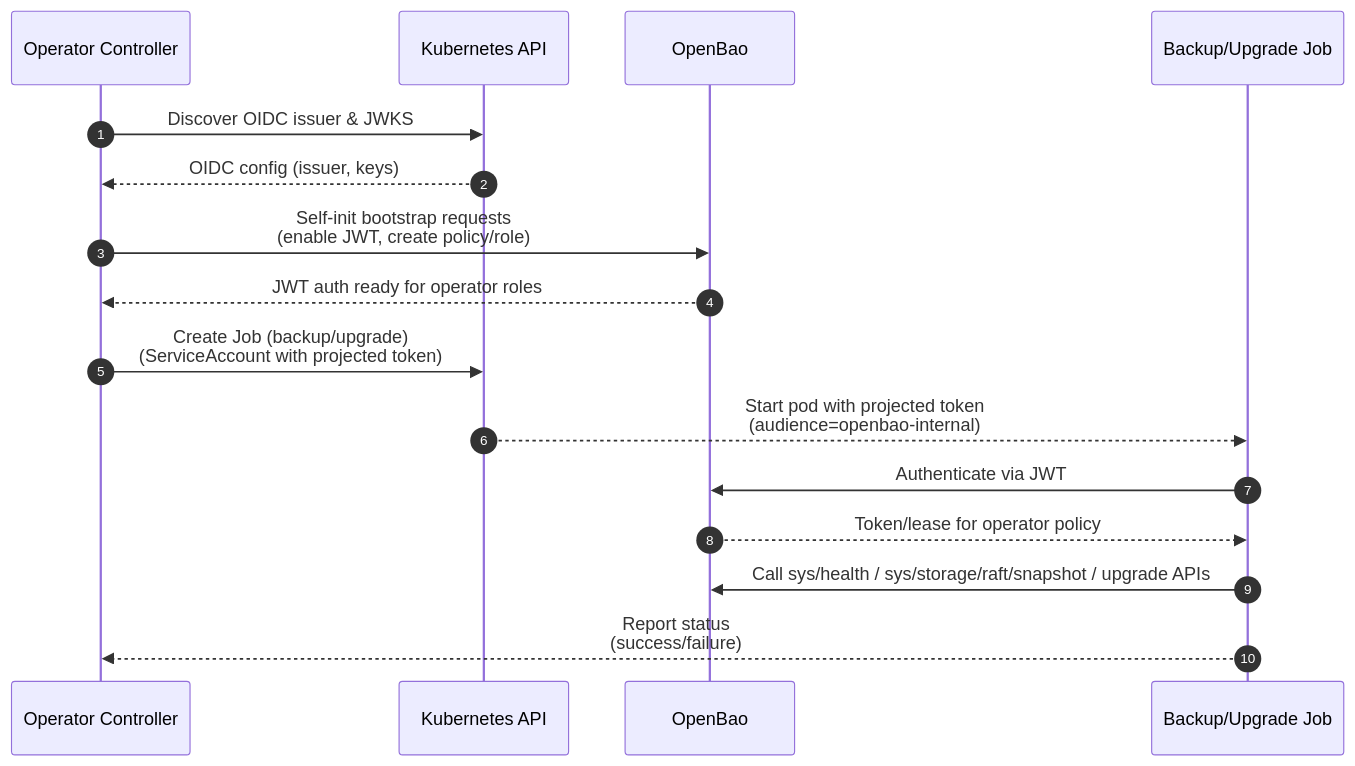
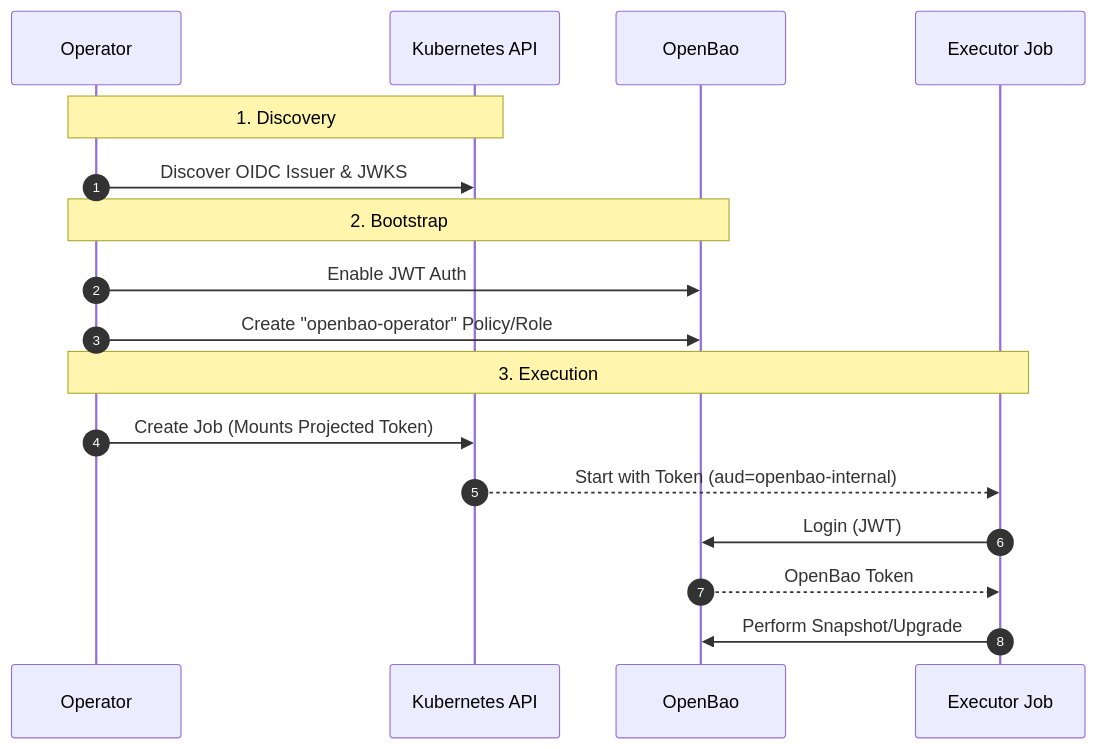
One commit to dc-tec/openbao-operator changed the diagram in docs/security/fundamentals/secrets-management.md. Above: the diagram before and after it, drawn with Mermaid. The commit also changed other lines of this file and 75 other files, not shown here.

````diff
--- a/docs/security/fundamentals/secrets-management.md
+++ b/docs/security/fundamentals/secrets-management.md
@@ -73,20 +55,23 @@
 ```mermaid
 sequenceDiagram
     autonumber
-    participant Op as Operator Controller
-    participant K as Kubernetes API
+    participant Op as Operator
+    participant K8s as Kubernetes API
     participant Bao as OpenBao
-    participant Job as Backup/Upgrade Job
+    participant Job as Executor Job
 
-    Op->>K: Discover OIDC issuer & JWKS
-    K-->>Op: OIDC config (issuer, keys)
-    Op->>Bao: Self-init bootstrap requests<br/>(enable JWT, create policy/role)
-    Bao-->>Op: JWT auth ready for operator roles
-
-    Op->>K: Create Job (backup/upgrade)<br/>(ServiceAccount with projected token)
-    K-->>Job: Start pod with projected token<br/>(audience=openbao-internal)
-    Job->>Bao: Authenticate via JWT
-    Bao-->>Job: Token/lease for operator policy
-    Job->>Bao: Call sys/health / sys/storage/raft/snapshot / upgrade APIs
-    Job-->>Op: Report status<br/>(success/failure)
+    Note over Op, K8s: 1. Discovery
+    Op->>K8s: Discover OIDC Issuer & JWKS
+    
+    Note over Op, Bao: 2. Bootstrap
+    Op->>Bao: Enable JWT Auth
+    Op->>Bao: Create "openbao-operator" Policy/Role
+    
+    Note over Op, Job: 3. Execution
+    Op->>K8s: Create Job (Mounts Projected Token)
+    K8s-->>Job: Start with Token (aud=openbao-internal)
+    
+    Job->>Bao: Login (JWT)
+    Bao-->>Job: OpenBao Token
+    Job->>Bao: Perform Snapshot/Upgrade
 ```
````
